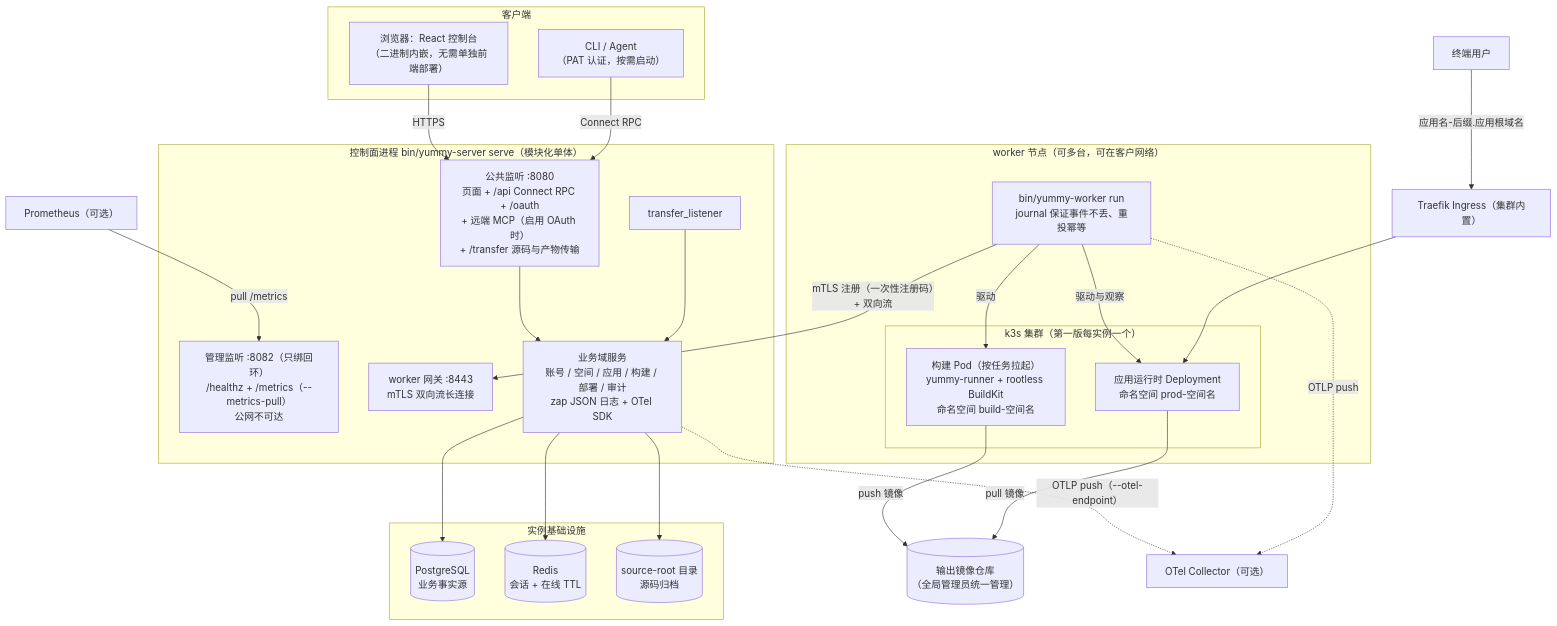
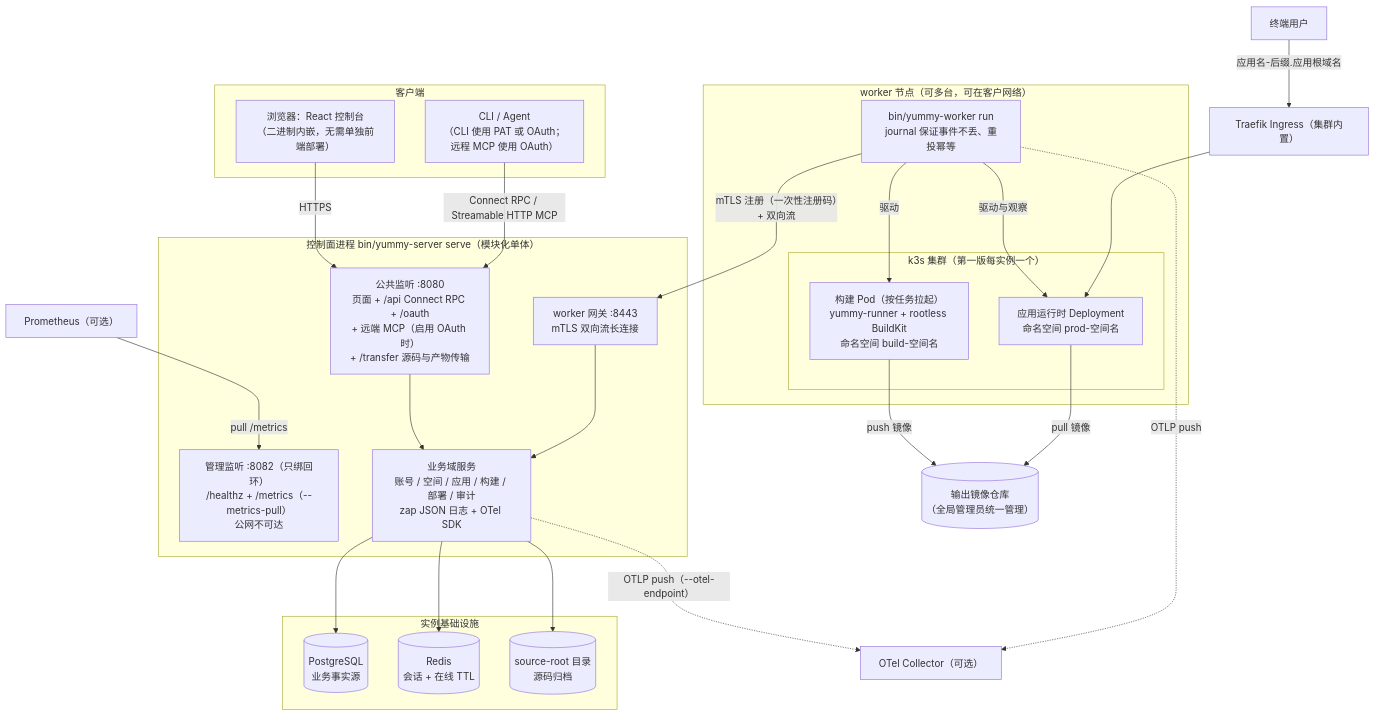
Before and after one commit to sunshanpeng/yummy: the first of 2 diagrams in docs/architecture.md, drawn with Mermaid. The commit also changed other lines of this file and 80 other files, not shown here.

````diff
--- a/docs/architecture.md
+++ b/docs/architecture.md
@@ -7,51 +7,51 @@
 ```mermaid
 flowchart TB
     subgraph clients["客户端"]
         browser["浏览器：React 控制台<br/>（二进制内嵌，无需单独前端部署）"]
-        agent["CLI / Agent<br/>（PAT 认证，按需启动）"]
+        agent["CLI / Agent<br/>（CLI 使用 PAT 或 OAuth；远程 MCP 使用 OAuth）"]
     end
 
     subgraph control["控制面进程 bin/yummy-server serve（模块化单体）"]
         public_listener["公共监听 :8080<br/>页面 + /api Connect RPC + /oauth<br/>+ 远端 MCP（启用 OAuth 时）<br/>+ /transfer 源码与产物传输"]
         admin_listener["管理监听 :8082（只绑回环）<br/>/healthz + /metrics（--metrics-pull）<br/>公网不可达"]
         worker_listener["worker 网关 :8443<br/>mTLS 双向流长连接"]
         services["业务域服务<br/>账号 / 空间 / 应用 / 构建 / 部署 / 审计<br/>zap JSON 日志 + OTel SDK"]
         public_listener --> services
-        transfer_listener --> services
+        worker_listener --> services
     end
 
     subgraph instance_infra["实例基础设施"]
         pg[("PostgreSQL<br/>业务事实源")]
         redis[("Redis<br/>会话 + 在线 TTL")]
         sourcedir[("source-root 目录<br/>源码归档")]
     end
 
     subgraph worker_node["worker 节点（可多台，可在客户网络）"]
         workerproc["bin/yummy-worker run<br/>journal 保证事件不丢、重投幂等"]
         subgraph k3s["k3s 集群（第一版每实例一个）"]
             buildpod["构建 Pod（按任务拉起）<br/>yummy-runner + rootless BuildKit<br/>命名空间 build-空间名"]
             apprt["应用运行时 Deployment<br/>命名空间 prod-空间名"]
         end
     end
 
     registry[("输出镜像仓库<br/>（全局管理员统一管理）")]
     traefik["Traefik Ingress（集群内置）"]
     collector["OTel Collector（可选）"]
     prometheus["Prometheus（可选）"]
 
     browser -->|"HTTPS"| public_listener
-    agent -->|"Connect RPC"| public_listener
+    agent -->|"Connect RPC / Streamable HTTP MCP"| public_listener
     services --> pg
     services --> redis
     services --> sourcedir
     workerproc -->|"mTLS 注册（一次性注册码）+ 双向流"| worker_listener
     workerproc -->|"驱动"| buildpod
     workerproc -->|"驱动与观察"| apprt
     buildpod -->|"push 镜像"| registry
     apprt -->|"pull 镜像"| registry
     visitors["终端用户"] -->|"应用名-后缀.应用根域名"| traefik
     traefik --> apprt
     prometheus -->|"pull /metrics"| admin_listener
     services -.->|"OTLP push（--otel-endpoint）"| collector
     workerproc -.->|"OTLP push"| collector
 ```
````
